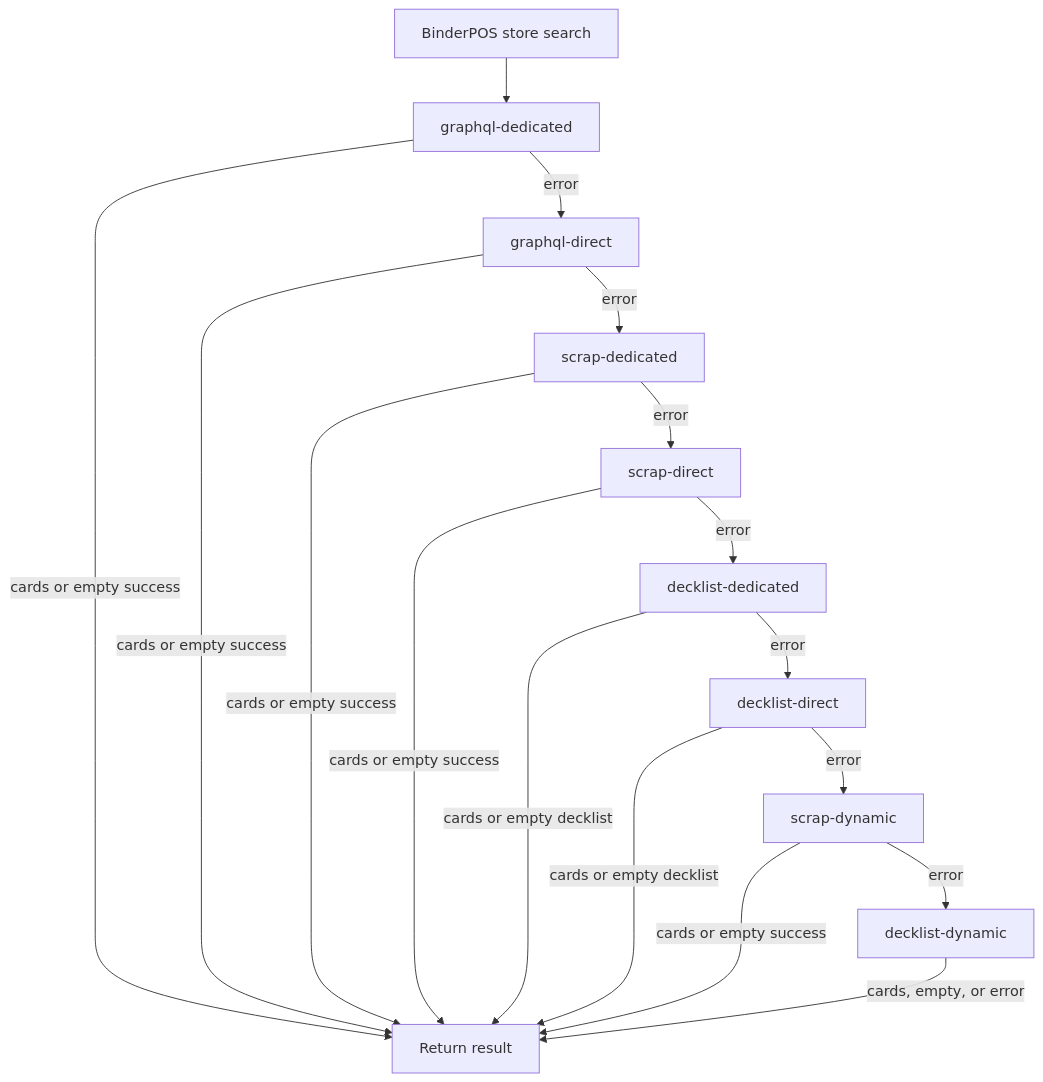
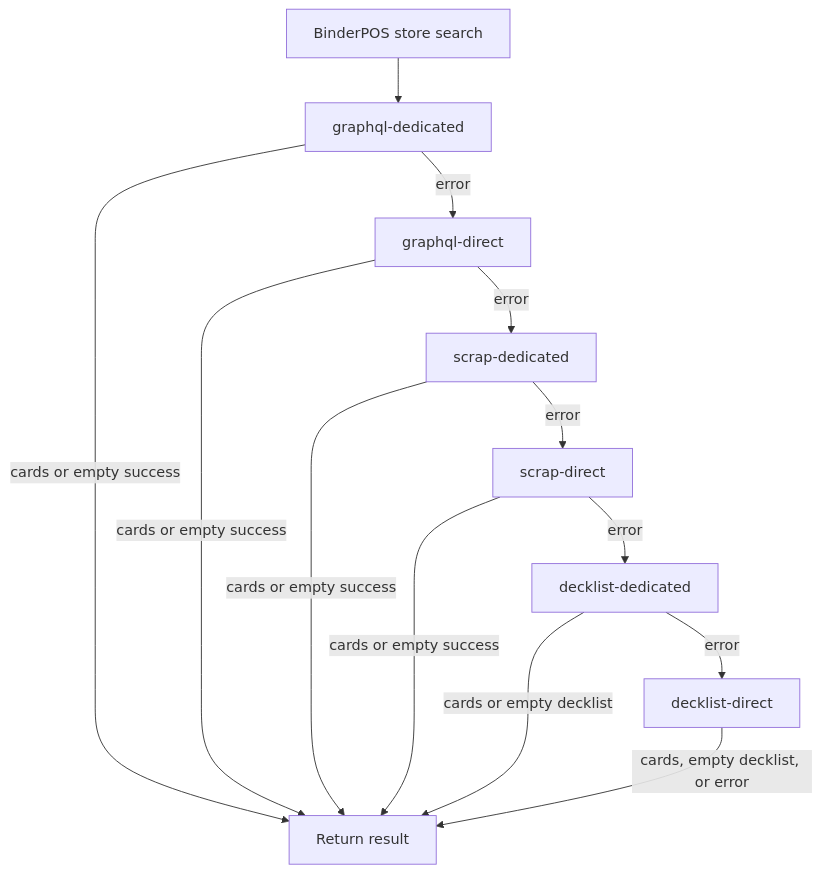
Before and after one commit to xenodus/gishathfetch: the diagram in README.md, drawn with Mermaid. The commit also changed other lines of this file and 23 other files, not shown here.

````diff
--- a/README.md
+++ b/README.md
@@ -99,19 +97,15 @@
 ```mermaid
 flowchart TD
     A[BinderPOS store search] --> G1[graphql-dedicated]
     G1 -- error --> G2[graphql-direct]
     G2 -- error --> B[scrap-dedicated]
     B -- error --> C[scrap-direct]
     C -- error --> F[decklist-dedicated]
     F -- error --> G[decklist-direct]
-    G -- error --> D[scrap-dynamic]
-    D -- error --> H[decklist-dynamic]
     G1 -- cards or empty success --> E[Return result]
     G2 -- cards or empty success --> E
     B -- cards or empty success --> E
     C -- cards or empty success --> E
     F -- cards or empty decklist --> E
-    G -- cards or empty decklist --> E
-    D -- cards or empty success --> E
-    H -- cards, empty, or error --> E
+    G -- cards, empty decklist, or error --> E
 ```
````
